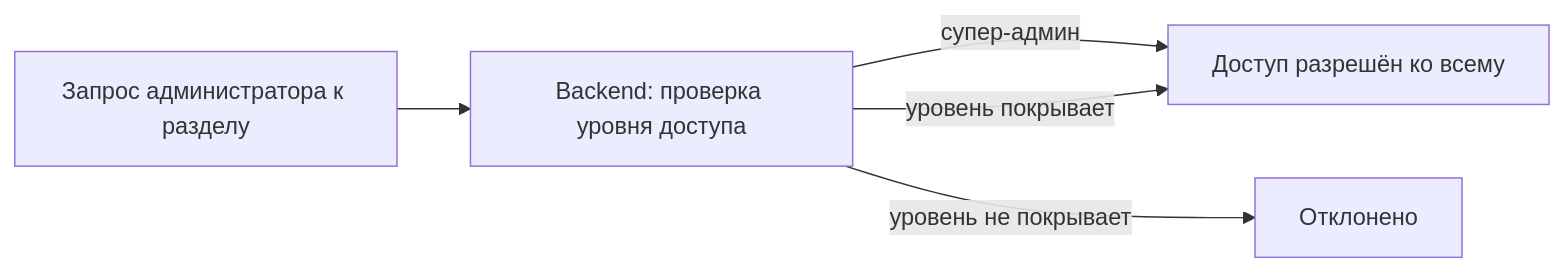
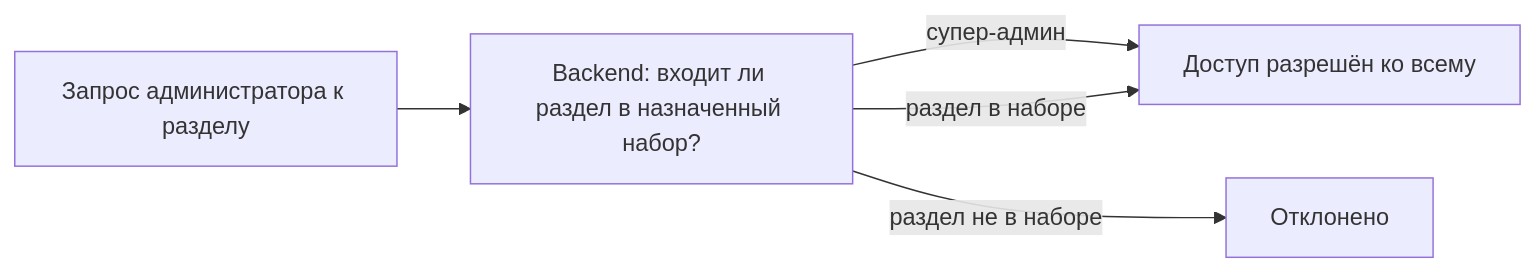
Before and after one commit to yatsin11-gif/example: the second of 3 diagrams in gozap-documentation/sa/docs/admin/admin-roles/diagrams/overview.md, drawn with Mermaid. The commit also changed other lines of this file and 43 other files, not shown here.

````diff
--- a/gozap-documentation/sa/docs/admin/admin-roles/diagrams/overview.md
+++ b/gozap-documentation/sa/docs/admin/admin-roles/diagrams/overview.md
@@ -21,7 +21,7 @@
 ```mermaid
 flowchart LR
-    REQ[Запрос администратора к разделу] --> CHECK[Backend: проверка уровня доступа]
+    REQ[Запрос администратора к разделу] --> CHECK[Backend: входит ли раздел в назначенный набор?]
     CHECK -->|супер-админ| ALLOW[Доступ разрешён ко всему]
-    CHECK -->|уровень не покрывает| DENY[Отклонено]
-    CHECK -->|уровень покрывает| ALLOW
+    CHECK -->|раздел не в наборе| DENY[Отклонено]
+    CHECK -->|раздел в наборе| ALLOW
 ```
````
